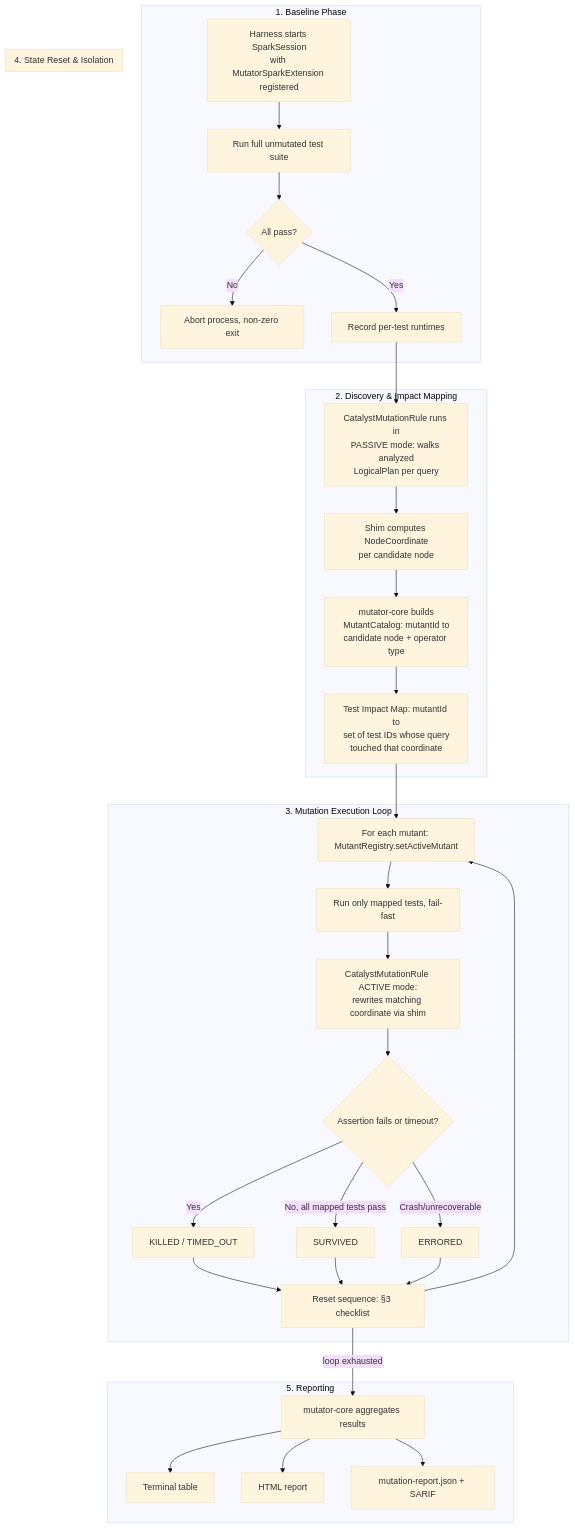
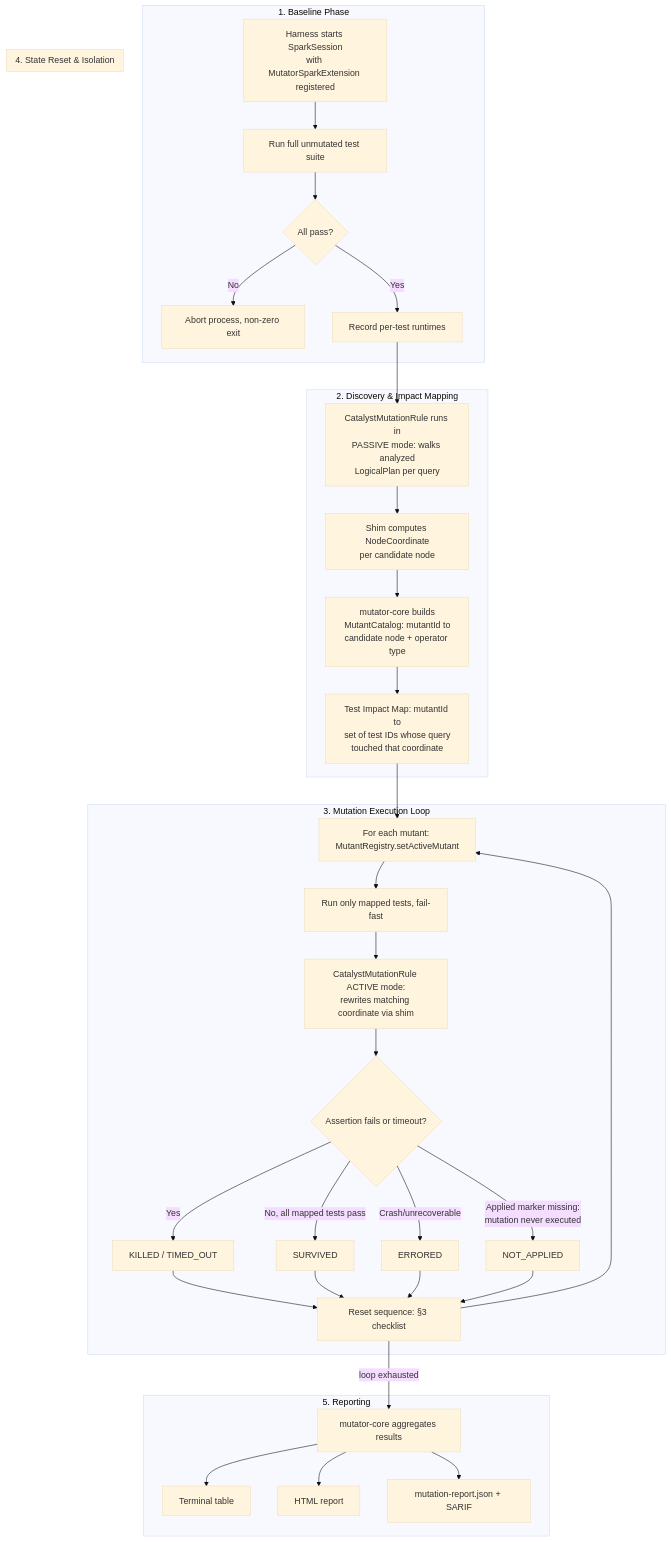
The second of 3 diagrams in docs/ARCHITECTURE.md (wpunit13/spark-mutation-testing), drawn with Mermaid (base theme) before and after one commit. The commit also changed other lines of this file and 10 other files, not shown here.

````diff
--- a/docs/ARCHITECTURE.md
+++ b/docs/ARCHITECTURE.md
@@ -75,40 +94,42 @@
 ```mermaid
 flowchart TD
     subgraph Baseline["1. Baseline Phase"]
         A1[Harness starts SparkSession<br/>with MutatorSparkExtension registered] --> A2[Run full unmutated test suite]
         A2 --> A3{All pass?}
         A3 -->|No| A4[Abort process, non-zero exit]
         A3 -->|Yes| A5[Record per-test runtimes]
     end
 
     subgraph Discovery["2. Discovery & Impact Mapping"]
         A5 --> B1[CatalystMutationRule runs in<br/>PASSIVE mode: walks analyzed<br/>LogicalPlan per query]
         B1 --> B2[Shim computes NodeCoordinate<br/>per candidate node]
         B2 --> B3[mutator-core builds<br/>MutantCatalog: mutantId to<br/>candidate node + operator type]
         B3 --> B4[Test Impact Map: mutantId to<br/>set of test IDs whose query<br/>touched that coordinate]
     end
 
     subgraph Loop["3. Mutation Execution Loop"]
         B4 --> C1[For each mutant: MutantRegistry.setActiveMutant]
         C1 --> C2[Run only mapped tests, fail-fast]
         C2 --> C3[CatalystMutationRule ACTIVE mode:<br/>rewrites matching coordinate via shim]
         C3 --> C4{Assertion fails or timeout?}
         C4 -->|Yes| C5[KILLED / TIMED_OUT]
         C4 -->|No, all mapped tests pass| C6[SURVIVED]
         C4 -->|Crash/unrecoverable| C7[ERRORED]
+        C4 -->|Applied marker missing:<br/>mutation never executed| C8[NOT_APPLIED]
         C5 --> D1
         C6 --> D1
         C7 --> D1
+        C8 --> D1
     end
 
     subgraph Reset["4. State Reset & Isolation"]
         D1[Reset sequence: §3 checklist] --> C1
     end
 
     subgraph Reporting["5. Reporting"]
         D1 -->|loop exhausted| E1[mutator-core aggregates results]
         E1 --> E2[Terminal table]
         E1 --> E3[HTML report]
         E1 --> E4[mutation-report.json + SARIF]
     end
 ```
````
